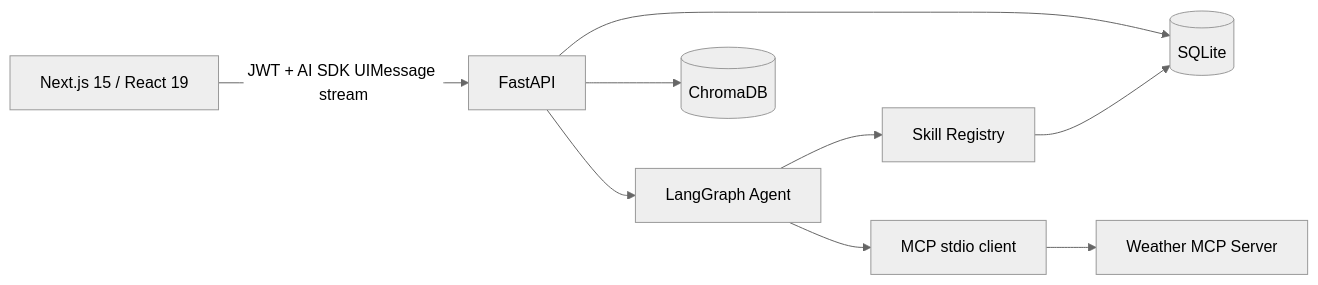
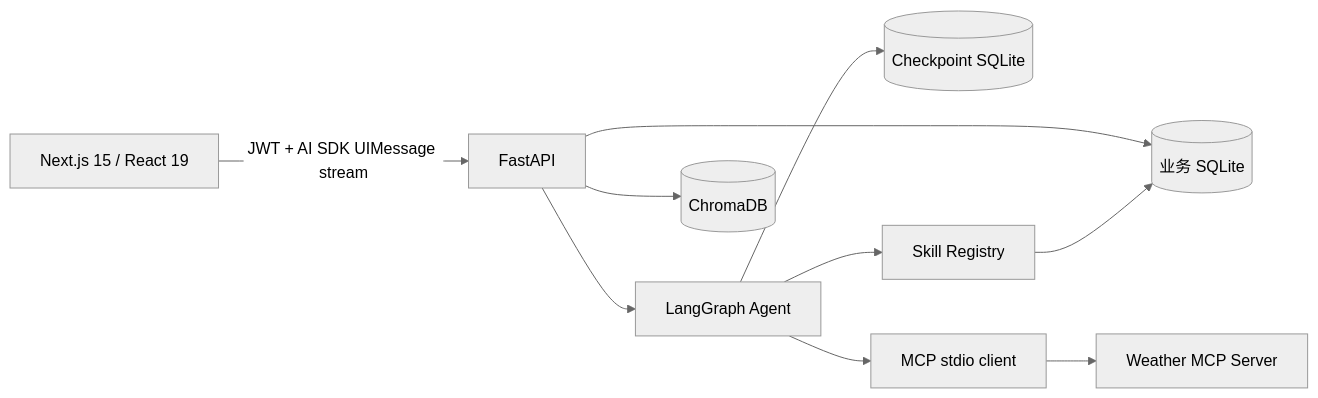
The first of 3 diagrams in docs/architecture.md (Wangyunfei001/guanxin-v2), drawn with Mermaid (neutral theme) before and after one commit. The commit also changed other lines of this file and 42 other files, not shown here.

````diff
--- a/docs/architecture.md
+++ b/docs/architecture.md
@@ -10,11 +10,12 @@
 ```mermaid
 flowchart LR
     UI[Next.js 15 / React 19] -->|JWT + AI SDK UIMessage stream| API[FastAPI]
     API --> Agent[LangGraph Agent]
-    API --> SQLite[(SQLite)]
+    API --> SQLite[(业务 SQLite)]
+    Agent --> Checkpoint[(Checkpoint SQLite)]
     API --> Chroma[(ChromaDB)]
     Agent --> Skills[Skill Registry]
     Agent --> MCP[MCP stdio client]
     Skills --> SQLite
     MCP --> Weather[Weather MCP Server]
 ```
````
